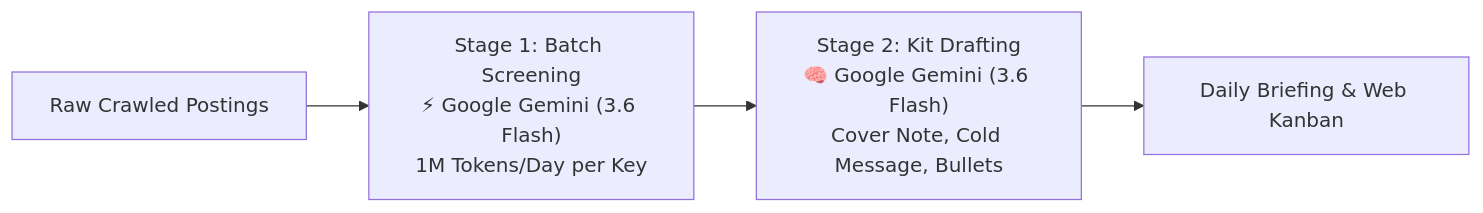
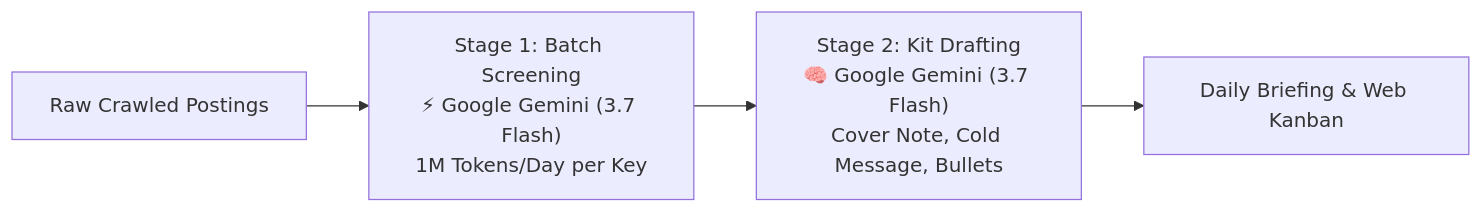
The diagram in README.md (tanish-jain-225/job-hunter), drawn with Mermaid before and after one commit. The commit also changed other lines of this file and 13 other files, not shown here.

Commit message:
feat(llm): upgrade primary AI engine to gemini-3.7-flash with optimized timeout and instant resume extraction

````diff
--- a/README.md
+++ b/README.md
@@ -255,6 +255,6 @@
 ```mermaid
 flowchart LR
-    A["Raw Crawled Postings"] --> B["Stage 1: Batch Screening<br/>⚡ Google Gemini (3.6 Flash)<br/>1M Tokens/Day per Key"]
-    B --> C["Stage 2: Kit Drafting<br/>🧠 Google Gemini (3.6 Flash)<br/>Cover Note, Cold Message, Bullets"]
+    A["Raw Crawled Postings"] --> B["Stage 1: Batch Screening<br/>⚡ Google Gemini (3.7 Flash)<br/>1M Tokens/Day per Key"]
+    B --> C["Stage 2: Kit Drafting<br/>🧠 Google Gemini (3.7 Flash)<br/>Cover Note, Cold Message, Bullets"]
     C --> D["Daily Briefing & Web Kanban"]
 ```
````
